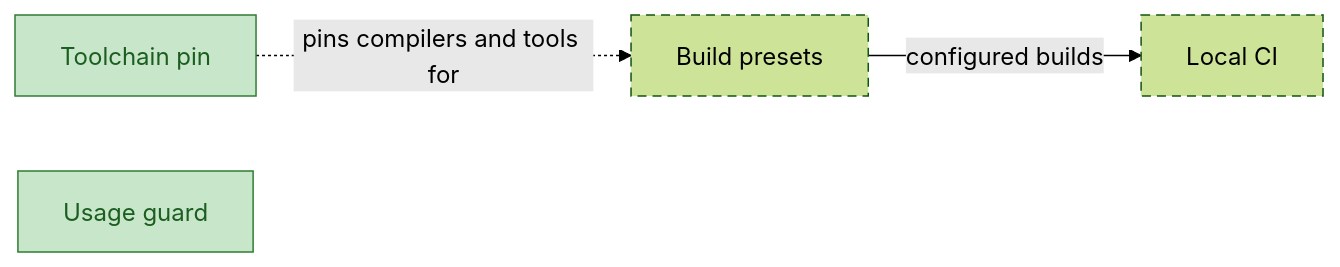
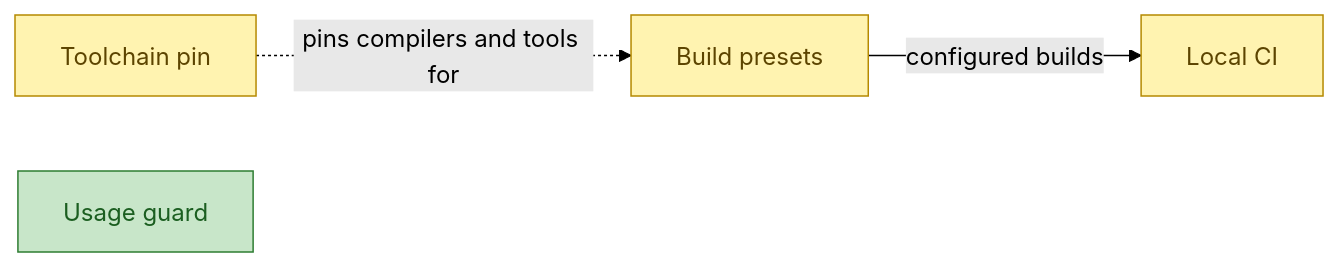
Before and after one commit to aurja130/URUS: diagram 15 of 15 in Planning/DBC/CONCEPTS.md, drawn with Mermaid (forest theme). The commit also changed other lines of this file and 2 other files, not shown here.

````diff
--- a/Planning/DBC/CONCEPTS.md
+++ b/Planning/DBC/CONCEPTS.md
@@ -380,12 +381,12 @@
 ```mermaid
 flowchart LR
 classDef implemented fill:#c8e6c9,stroke:#2e7d32,color:#1b5e20
 classDef partial fill:#fff3b0,stroke:#b58900,color:#5c4400
 classDef planned stroke-dasharray:6 4
 classDef external fill:#eeeeee,stroke:#9e9e9e,stroke-dasharray:1 3,color:#616161
 ToolchainPin["Toolchain pin"] -.->|pins compilers and tools for| BuildPresets["Build presets"]
 BuildPresets -->|configured builds| LocalCi["Local CI"]
 UsageGuard["Usage guard"]
-class ToolchainPin,UsageGuard implemented
-class BuildPresets,LocalCi planned
+class UsageGuard implemented
+class ToolchainPin,BuildPresets,LocalCi partial
 ```
````
